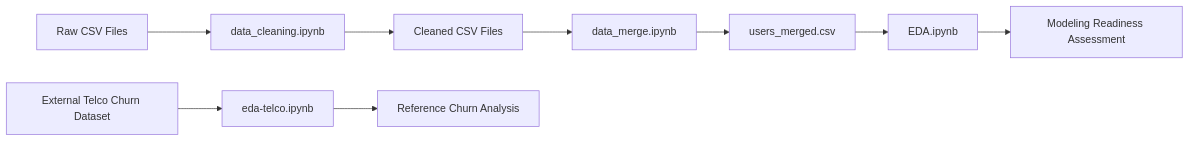
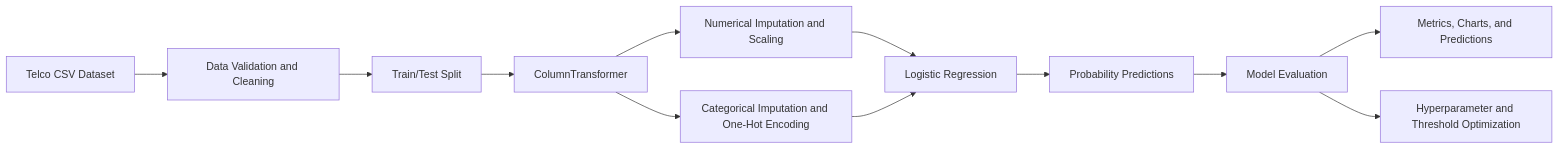
Before and after one commit to abdonkath/telco-churn-predictor: the diagram in README.md, drawn with Mermaid. The commit also changed other lines of this file, not shown here.

````diff
--- a/README.md
+++ b/README.md
@@ -86,12 +126,14 @@
 ```mermaid
 flowchart LR
-    A[Raw CSV Files] --> B[data_cleaning.ipynb]
-    B --> C[Cleaned CSV Files]
-    C --> D[data_merge.ipynb]
-    D --> E[users_merged.csv]
-    E --> F[EDA.ipynb]
-    F --> G[Modeling Readiness Assessment]
-
-    H[External Telco Churn Dataset] --> I[eda-telco.ipynb]
-    I --> J[Reference Churn Analysis]
+    A[Telco CSV Dataset] --> B[Data Validation and Cleaning]
+    B --> C[Train/Test Split]
+    C --> D[ColumnTransformer]
+    D --> E1[Numerical Imputation and Scaling]
+    D --> E2[Categorical Imputation and One-Hot Encoding]
+    E1 --> F[Logistic Regression]
+    E2 --> F
+    F --> G[Probability Predictions]
+    G --> H[Model Evaluation]
+    H --> I[Metrics, Charts, and Predictions]
+    H --> J[Hyperparameter and Threshold Optimization]
 ```
````
